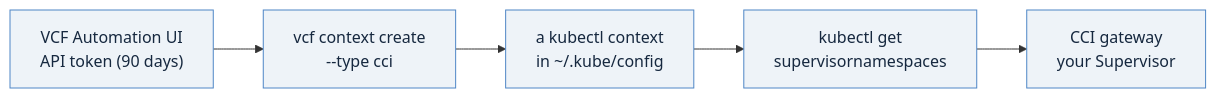
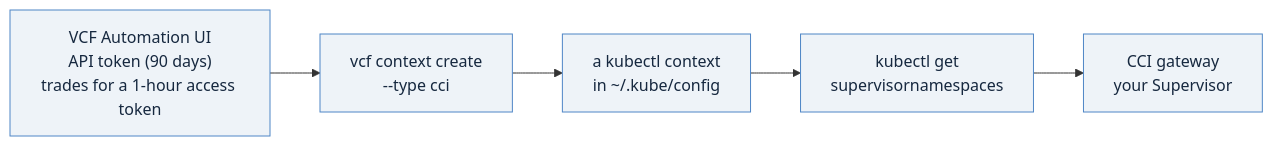
One commit to privatecloudarchitect/privatecloudarchitect.com changed the diagram in handbook/day1-provisioning/00-reaching-the-supervisor.md. Above: the diagram before and after it, drawn with Mermaid. The commit also changed other lines of this file, not shown here.

````diff
--- a/handbook/day1-provisioning/00-reaching-the-supervisor.md
+++ b/handbook/day1-provisioning/00-reaching-the-supervisor.md
@@ -12,9 +12,9 @@
 ```mermaid
 flowchart LR
-    A["VCF Automation UI<br/>API token (90 days)"] --> B["vcf context create<br/>--type cci"]
+    A["VCF Automation UI<br/>API token (90 days)<br/>trades for a 1-hour access token"] --> B["vcf context create<br/>--type cci"]
     B --> C["a kubectl context<br/>in ~/.kube/config"]
     C --> D["kubectl get<br/>supervisornamespaces"]
     D --> E["CCI gateway<br/>your Supervisor"]
     classDef n fill:#eef3f8,stroke:#4f86c6,color:#16283f
     class A,B,C,D,E n
 ```
````
